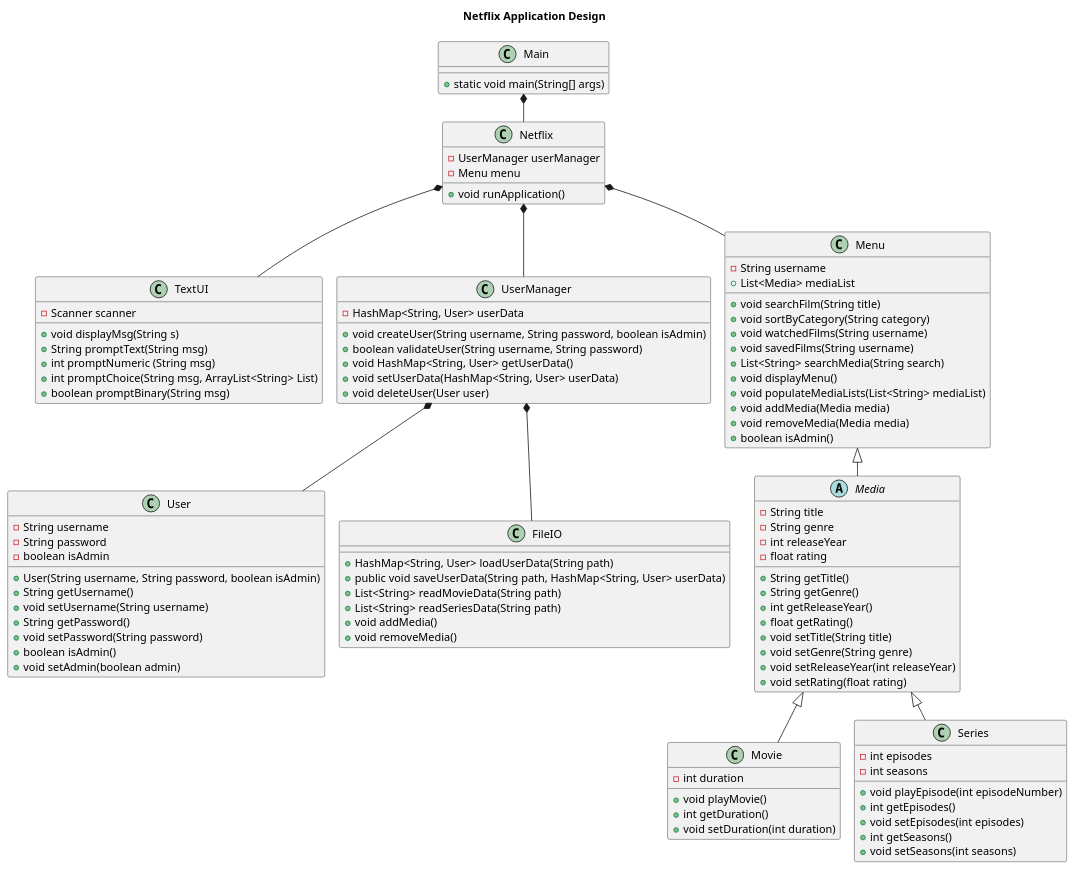
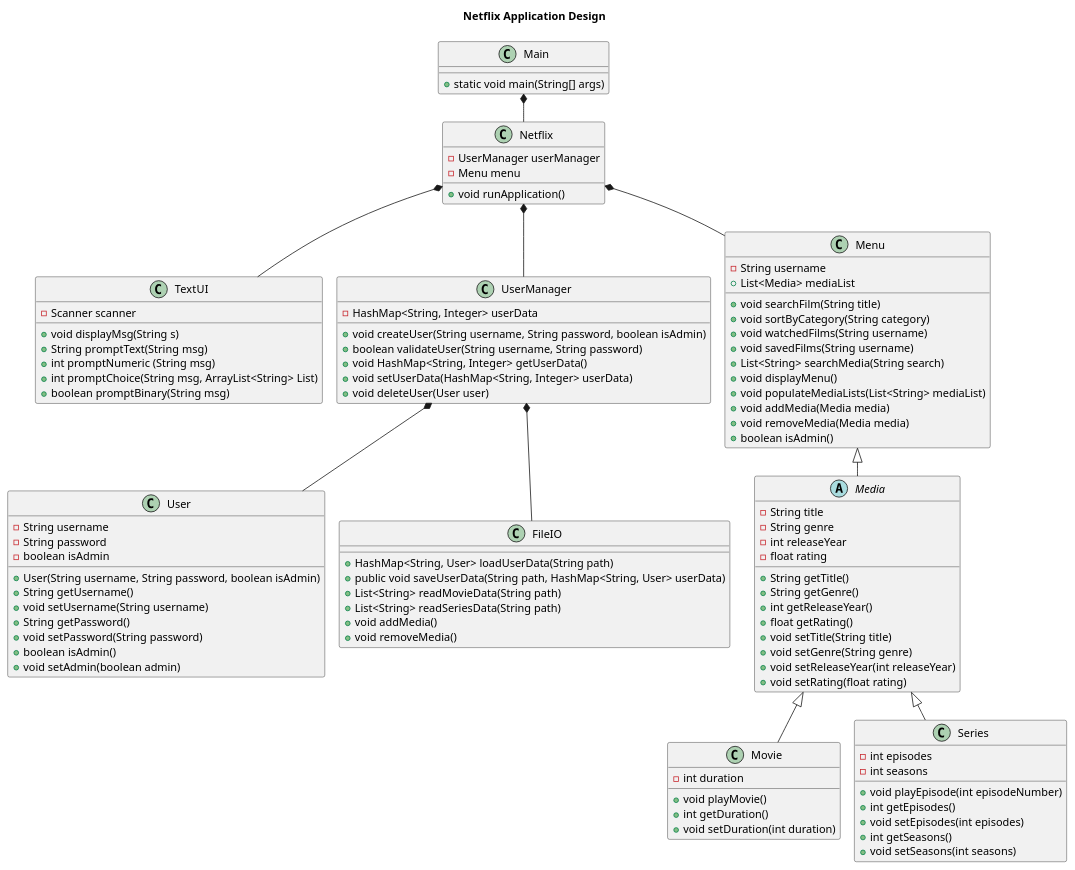
One commit to MarcusPFF/SP3-StreamingServiceProject changed the diagram in doc/classDiagram/classDiagram.puml. Above: the diagram before and after it, drawn with PlantUML. The commit also changed 2 other files, not shown here.

Commit message:
FileIO loadUserData & saveUserData

```diff
--- a/doc/classDiagram/classDiagram.puml
+++ b/doc/classDiagram/classDiagram.puml
@@ -1,117 +1,117 @@
 @startuml
 !pragma layout smetana
 title Netflix Application Design
 
 class Main {
     + static void main(String[] args)
 
 }
 
 Main *-- Netflix
 
 class Netflix {
     - UserManager userManager
     - Menu menu
     + void runApplication()
 }
 
 Netflix *-- TextUI
 
 class TextUI {
 - Scanner scanner
 
 + void displayMsg(String s)
 + String promptText(String msg)
 + int promptNumeric (String msg)
 + int promptChoice(String msg, ArrayList<String> List)
 + boolean promptBinary(String msg)
 
 }
 Netflix *-- UserManager
 Netflix *-- Menu
 
 class UserManager {
-    - HashMap<String, User> userData
+    - HashMap<String, Integer> userData
     + void createUser(String username, String password, boolean isAdmin)
     + boolean validateUser(String username, String password)
-    + void HashMap<String, User> getUserData()
-    + void setUserData(HashMap<String, User> userData)
+    + void HashMap<String, Integer> getUserData()
+    + void setUserData(HashMap<String, Integer> userData)
     + void deleteUser(User user)
 
 }
 
 UserManager *-- User
 
 class User {
     - String username
     - String password
     - boolean isAdmin
     + User(String username, String password, boolean isAdmin)
     + String getUsername()
     + void setUsername(String username)
     + String getPassword()
     + void setPassword(String password)
     + boolean isAdmin()
     + void setAdmin(boolean admin)
 }
 
 UserManager *-- FileIO
 
 class FileIO {
     + HashMap<String, User> loadUserData(String path)
     + public void saveUserData(String path, HashMap<String, User> userData)
     + List<String> readMovieData(String path)
     + List<String> readSeriesData(String path)
     + void addMedia()
     + void removeMedia()
 
 }
 
 class Menu{
     - String username
     + List<Media> mediaList
     + void searchFilm(String title)
     + void sortByCategory(String category)
     + void watchedFilms(String username)
     + void savedFilms(String username)
     + List<String> searchMedia(String search)
     + void displayMenu()
     + void populateMediaLists(List<String> mediaList)
     + void addMedia(Media media)
     + void removeMedia(Media media)
     + boolean isAdmin()
 }
 
 abstract class Media extends Menu {
     - String title
     - String genre
     - int releaseYear
     - float rating
     + String getTitle()
     + String getGenre()
     + int getReleaseYear()
     + float getRating()
     + void setTitle(String title)
     + void setGenre(String genre)
     + void setReleaseYear(int releaseYear)
     + void setRating(float rating)
 }
 
 class Movie extends Media {
     - int duration
     + void playMovie()
     + int getDuration()
     + void setDuration(int duration)
 }
 
 class Series extends Media{
     - int episodes
     - int seasons
     + void playEpisode(int episodeNumber)
     + int getEpisodes()
     + void setEpisodes(int episodes)
     + int getSeasons()
     + void setSeasons(int seasons)
 }
 
 @enduml
```
